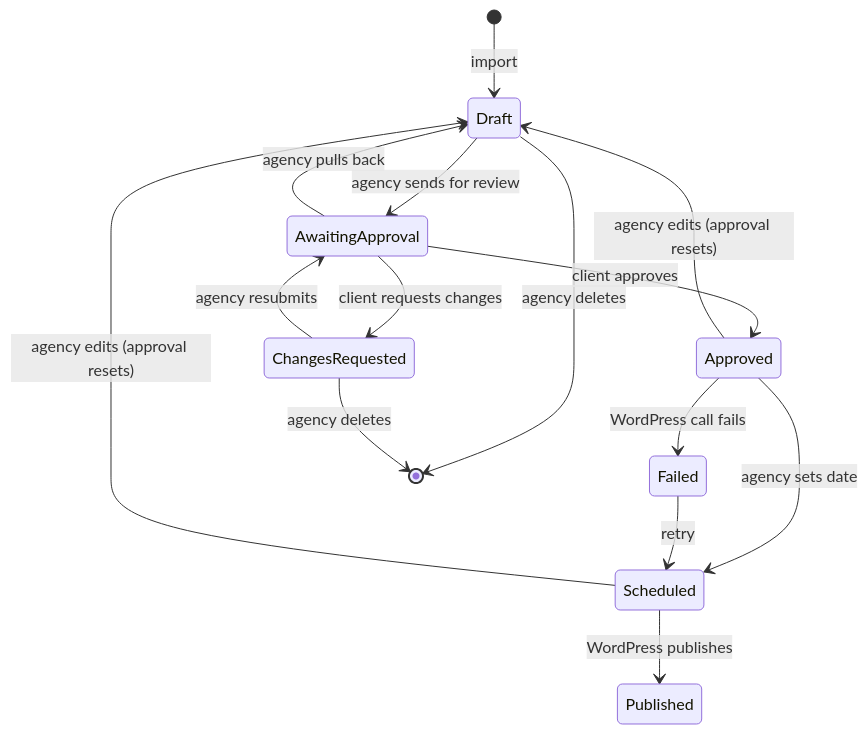
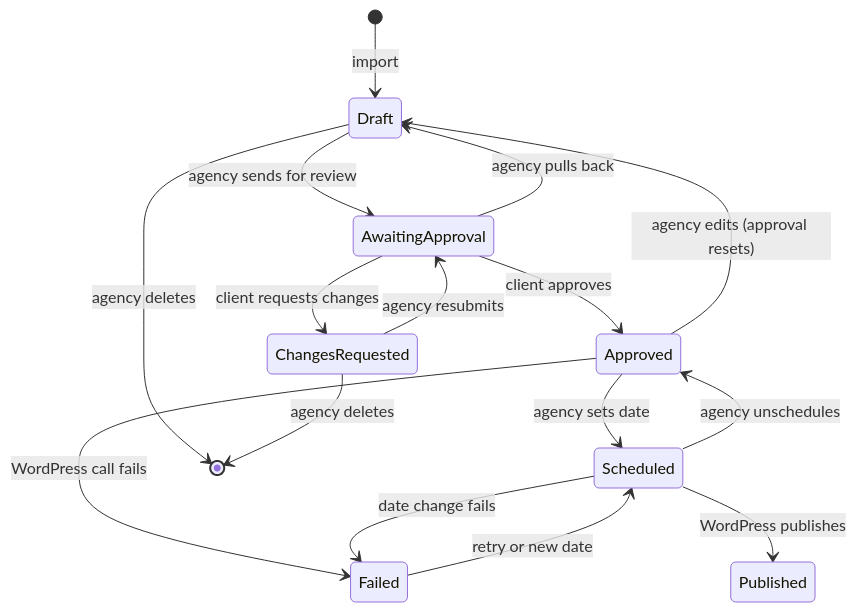
The diagram in docs/spec.md (ifindev/content-importer-adaptify), drawn with Mermaid before and after one commit. The commit also changed other lines of this file, not shown here.

First line of the commit message:
docs(T-037): spec the read-only Scheduled state and the API fixes

````diff
--- a/docs/spec.md
+++ b/docs/spec.md
@@ -156,17 +156,18 @@
 ```mermaid
 stateDiagram-v2
     [*] --> Draft: import
     Draft --> AwaitingApproval: agency sends for review
     AwaitingApproval --> Draft: agency pulls back
     AwaitingApproval --> ChangesRequested: client requests changes
     ChangesRequested --> AwaitingApproval: agency resubmits
     AwaitingApproval --> Approved: client approves
     Approved --> Scheduled: agency sets date
     Approved --> Failed: WordPress call fails
-    Failed --> Scheduled: retry
+    Scheduled --> Failed: date change fails
+    Failed --> Scheduled: retry or new date
     Scheduled --> Published: WordPress publishes
+    Scheduled --> Approved: agency unschedules
     Approved --> Draft: agency edits (approval resets)
-    Scheduled --> Draft: agency edits (approval resets)
     Draft --> [*]: agency deletes
     ChangesRequested --> [*]: agency deletes
 ```
````
